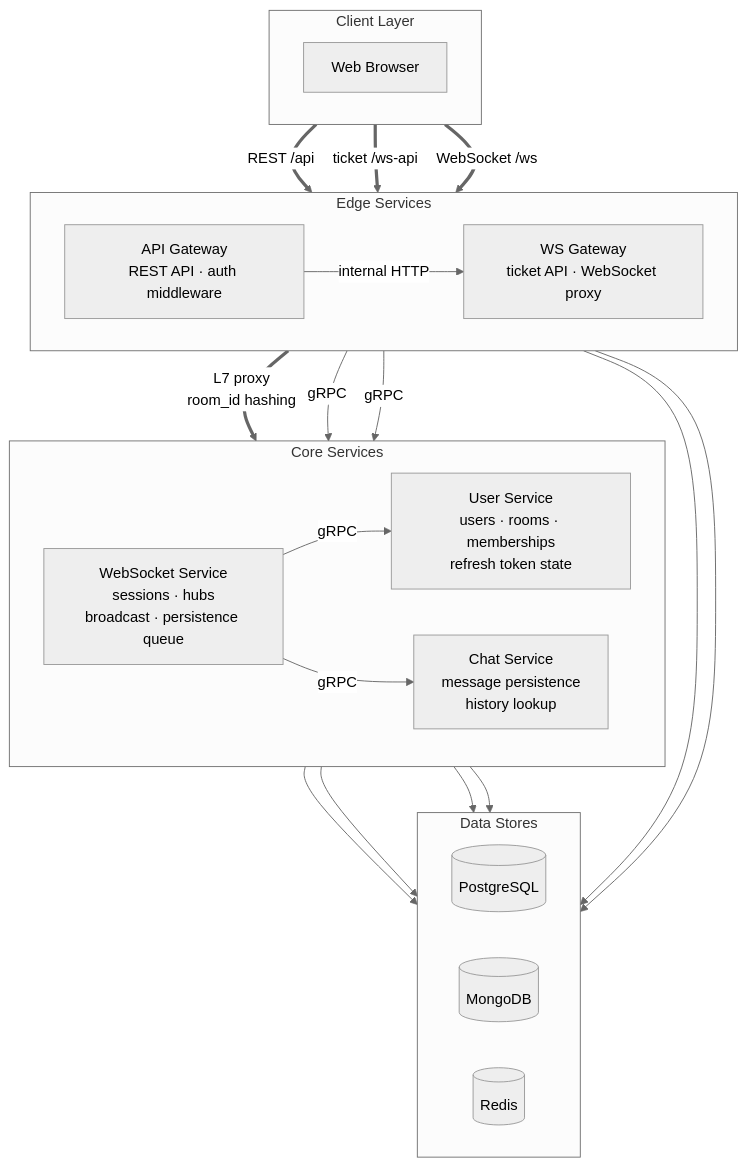
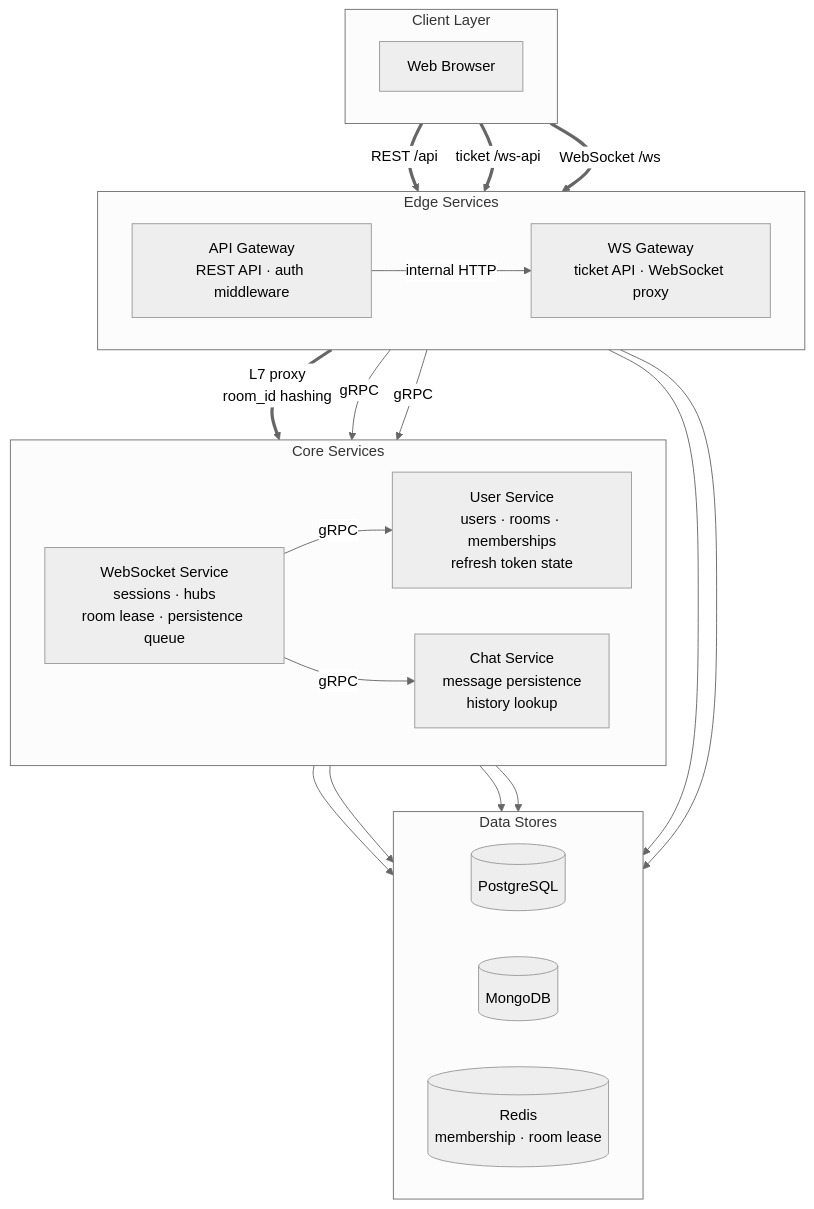
The diagram in README.md (happyhun/go-chat-msa), drawn with Mermaid (neutral theme) before and after one commit. The commit also changed other lines of this file and 11 other files, not shown here.

````diff
--- a/README.md
+++ b/README.md
@@ -114,46 +114,46 @@
 ```mermaid
 flowchart TB
     subgraph ClientLayer ["Client Layer"]
         direction LR
         Browser["Web Browser"]
     end
 
     subgraph Edge ["Edge Services"]
         direction LR
         AGW["API Gateway<br/>REST API · auth middleware"]
         WSGW["WS Gateway<br/>ticket API · WebSocket proxy"]
     end
 
     subgraph Core ["Core Services"]
         direction LR
         UserSvc["User Service<br/>users · rooms · memberships<br/>refresh token state"]
         ChatSvc["Chat Service<br/>message persistence<br/>history lookup"]
-        WSSvc["WebSocket Service<br/>sessions · hubs<br/>broadcast · persistence queue"]
+        WSSvc["WebSocket Service<br/>sessions · hubs<br/>room lease · persistence queue"]
     end
 
     subgraph Data ["Data Stores"]
         direction LR
         PG[("PostgreSQL")]
         MG[("MongoDB")]
-        RD[("Redis")]
+        RD[("Redis<br/>membership · room lease")]
     end
 
     Browser == "REST /api" ==> AGW
     Browser == "ticket /ws-api" ==> WSGW
     Browser == "WebSocket /ws" ==> WSGW
 
     AGW -- "internal HTTP" --> WSGW
     WSGW == "L7 proxy<br/>room_id hashing" ==> WSSvc
 
     AGW -- "gRPC" --> UserSvc
     AGW -- "gRPC" --> ChatSvc
     WSSvc -- "gRPC" --> UserSvc
     WSSvc -- "gRPC" --> ChatSvc
 
     UserSvc --> PG
     UserSvc --> RD
     ChatSvc --> MG
     AGW --> RD
     WSGW --> RD
     WSSvc --> RD
 ```
````
